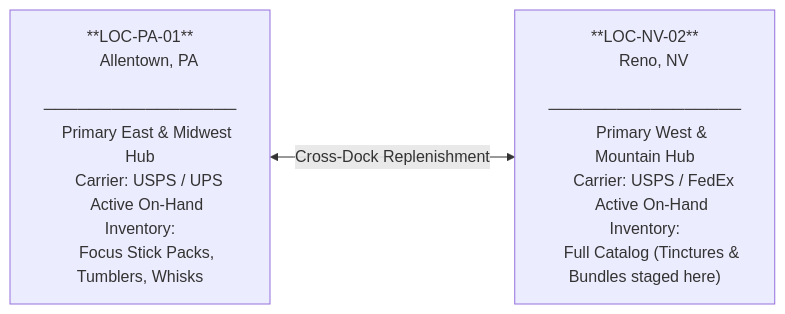
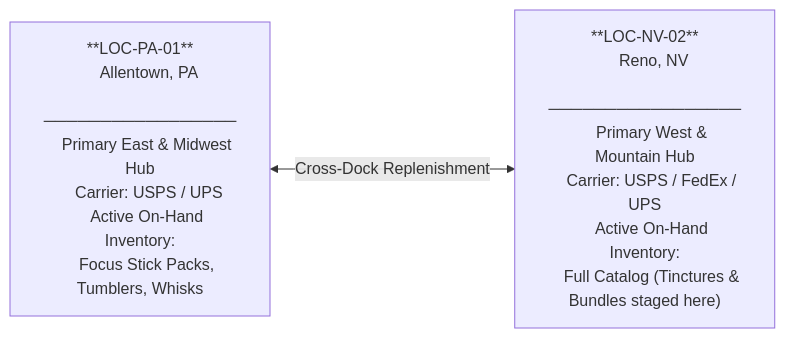
The first of 3 diagrams in domain-2-order-routing/MasterDossier-Domain2-MultiNodeLogisticsRouting.md (riovicsusas/portfolio), drawn with Mermaid before and after one commit. The commit also changed other lines of this file and 2 other files, not shown here.

Commit message:
domain-1/2/5: harmonize handling rate tier distinction, promotional scenario labeling, Reno carrier list, and cross-domain link depth

````diff
--- a/domain-2-order-routing/MasterDossier-Domain2-MultiNodeLogisticsRouting.md
+++ b/domain-2-order-routing/MasterDossier-Domain2-MultiNodeLogisticsRouting.md
@@ -90,20 +90,20 @@
 ```mermaid
 flowchart LR
     PA["**LOC-PA-01**
     Allentown, PA
     ─────────────────
     Primary East & Midwest Hub
     Carrier: USPS / UPS
     Active On-Hand Inventory:
     Focus Stick Packs, Tumblers, Whisks"]
 
     NV["**LOC-NV-02**
     Reno, NV
     ─────────────────
     Primary West & Mountain Hub
-    Carrier: USPS / FedEx
+    Carrier: USPS / FedEx / UPS
     Active On-Hand Inventory:
     Full Catalog (Tinctures & Bundles staged here)"]
 
     PA <-->|"Cross-Dock Replenishment"| NV
 ```
````
